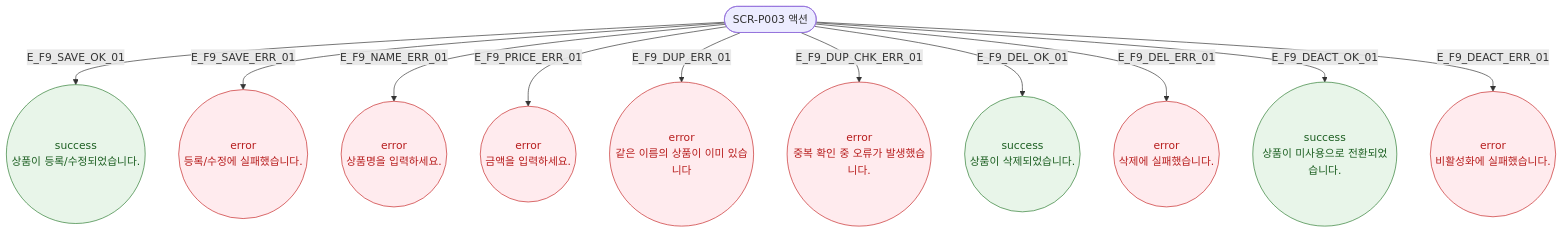
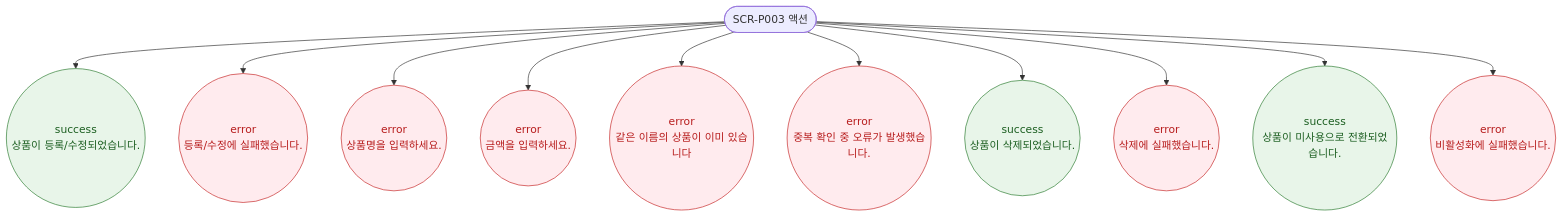
The diagram in docs/다이어그램/D05_상품관리/SCR-P003_상품상세패널/F9_토스트피드백.md (dev-spogym/admin-pando), drawn with Mermaid before and after one commit. The commit also changed other lines of this file and 1660 other files, not shown here.

First line of the commit message:
다이어그램: 기획자/클라이언트 납품본으로 정리

````diff
--- a/docs/다이어그램/D05_상품관리/SCR-P003_상품상세패널/F9_토스트피드백.md
+++ b/docs/다이어그램/D05_상품관리/SCR-P003_상품상세패널/F9_토스트피드백.md
@@ -16,20 +14,20 @@
 ```mermaid
 flowchart TD
     TRIGGER([SCR-P003 액션])
 
-    TRIGGER -->|E_F9_SAVE_OK_01| T_OK((success\n상품이 등록/수정되었습니다.))
-    TRIGGER -->|E_F9_SAVE_ERR_01| T_SAVE_ERR((error\n등록/수정에 실패했습니다.))
-    TRIGGER -->|E_F9_NAME_ERR_01| T_NAME((error\n상품명을 입력하세요.))
-    TRIGGER -->|E_F9_PRICE_ERR_01| T_PRICE((error\n금액을 입력하세요.))
-    TRIGGER -->|E_F9_DUP_ERR_01| T_DUP((error\n같은 이름의 상품이 이미 있습니다))
-    TRIGGER -->|E_F9_DUP_CHK_ERR_01| T_DUP_CHK((error\n중복 확인 중 오류가 발생했습니다.))
-    TRIGGER -->|E_F9_DEL_OK_01| T_DEL_OK((success\n상품이 삭제되었습니다.))
-    TRIGGER -->|E_F9_DEL_ERR_01| T_DEL_ERR((error\n삭제에 실패했습니다.))
-    TRIGGER -->|E_F9_DEACT_OK_01| T_DEACT((success\n상품이 미사용으로 전환되었습니다.))
-    TRIGGER -->|E_F9_DEACT_ERR_01| T_DEACT_ERR((error\n비활성화에 실패했습니다.))
+    TRIGGER --> T_OK((success\n상품이 등록/수정되었습니다.))
+    TRIGGER --> T_SAVE_ERR((error\n등록/수정에 실패했습니다.))
+    TRIGGER --> T_NAME((error\n상품명을 입력하세요.))
+    TRIGGER --> T_PRICE((error\n금액을 입력하세요.))
+    TRIGGER --> T_DUP((error\n같은 이름의 상품이 이미 있습니다))
+    TRIGGER --> T_DUP_CHK((error\n중복 확인 중 오류가 발생했습니다.))
+    TRIGGER --> T_DEL_OK((success\n상품이 삭제되었습니다.))
+    TRIGGER --> T_DEL_ERR((error\n삭제에 실패했습니다.))
+    TRIGGER --> T_DEACT((success\n상품이 미사용으로 전환되었습니다.))
+    TRIGGER --> T_DEACT_ERR((error\n비활성화에 실패했습니다.))
 
     classDef success fill:#E8F5E9,stroke:#2E7D32,color:#1B5E20
     classDef error fill:#FFEBEE,stroke:#C62828,color:#B71C1C
     class T_OK,T_DEL_OK,T_DEACT success
     class T_SAVE_ERR,T_NAME,T_PRICE,T_DUP,T_DUP_CHK,T_DEL_ERR,T_DEACT_ERR error
 ```
````
